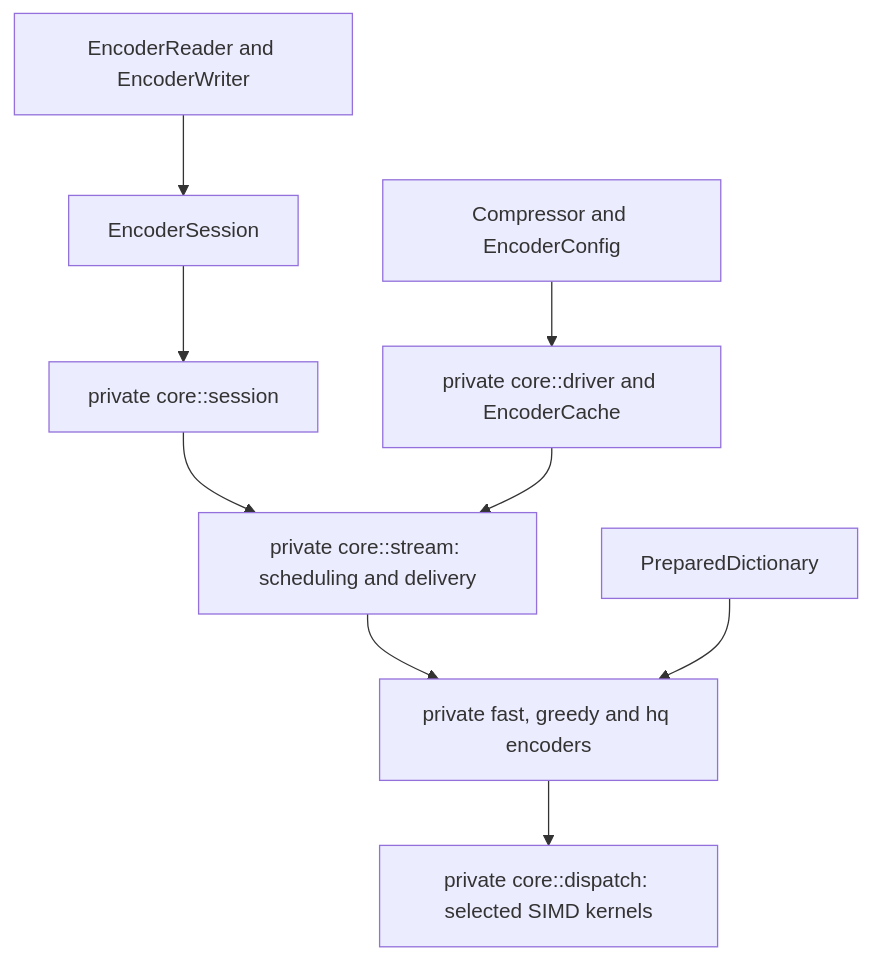
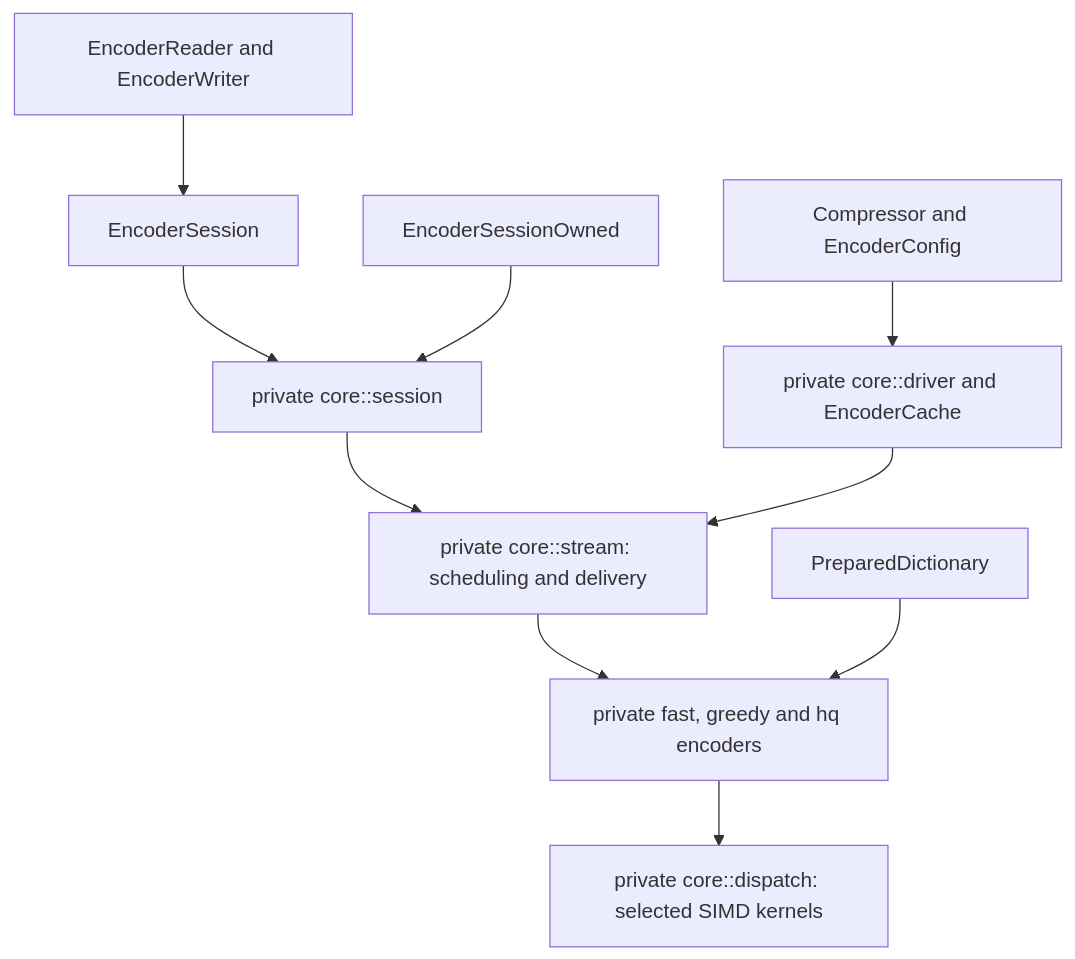
One commit to Mnwa/mbrotli changed the first of 4 diagrams in architecture/compressor.md. Above: the diagram before and after it, drawn with Mermaid. The commit also changed other lines of this file and 19 other files, not shown here.

````diff
--- a/architecture/compressor.md
+++ b/architecture/compressor.md
@@ -9,11 +9,12 @@
 ```mermaid
 graph TD
     API[Compressor and EncoderConfig] --> Driver[private core::driver and EncoderCache]
     Session[EncoderSession] --> Core[private core::session]
+    Owned[EncoderSessionOwned] --> Core
     IO[EncoderReader and EncoderWriter] --> Session
     Core --> Stream[private core::stream: scheduling and delivery]
     Driver --> Stream
     Stream --> Encoders[private fast, greedy and hq encoders]
     Encoders --> Kernels[private core::dispatch: selected SIMD kernels]
     Dict[PreparedDictionary] --> Encoders
 ```
````
